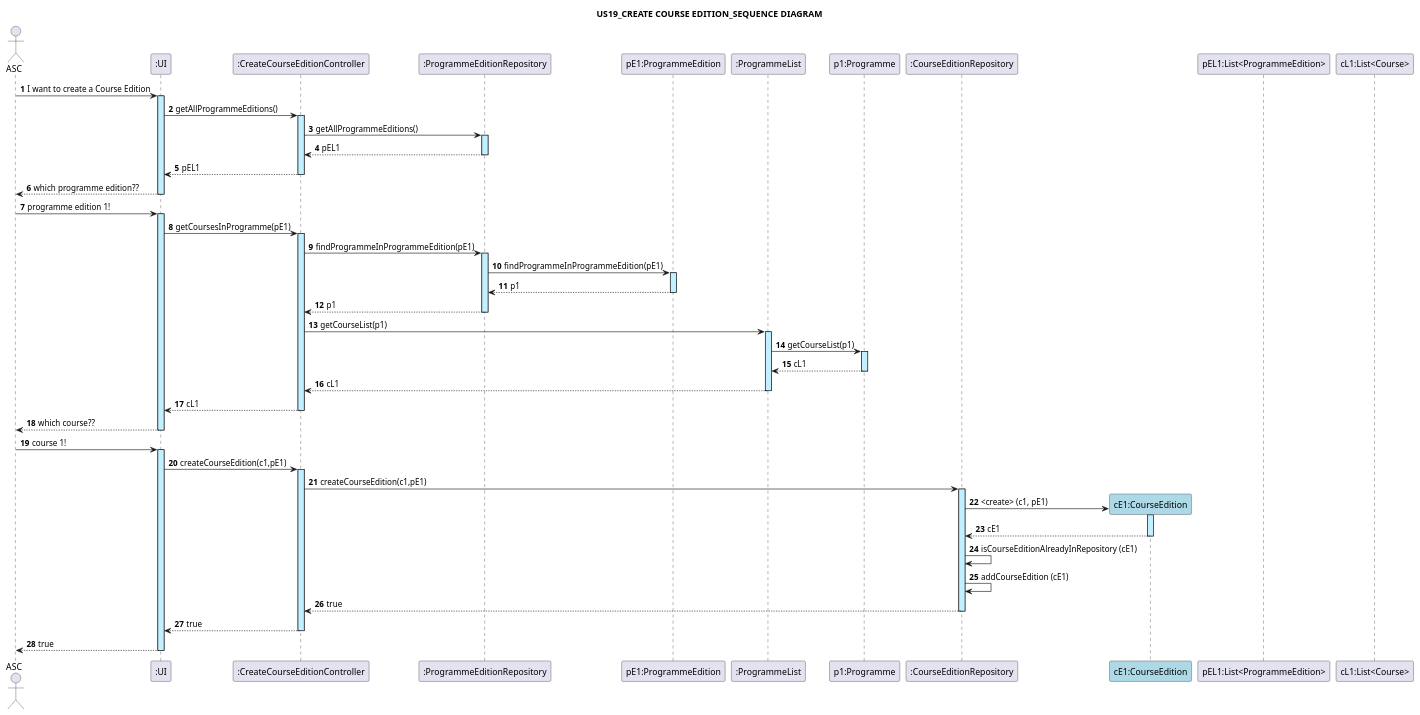
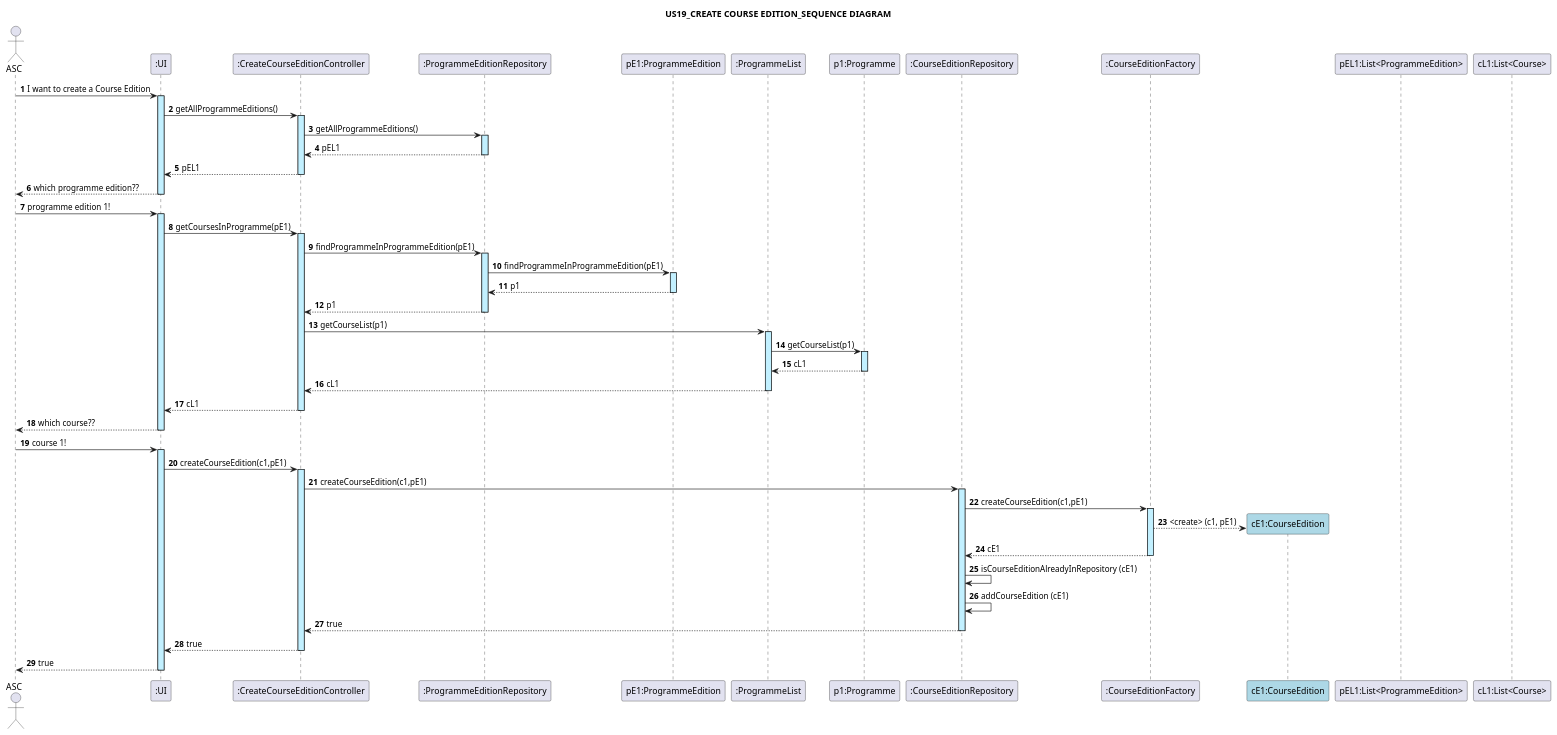
One commit to GasparISEP/DevOps-PAI changed the diagram in docs/US19/US19_CreateCourseEdition_SequenceDiagram.puml. Above: the diagram before and after it, drawn with PlantUML. The commit also changed 1 other file, not shown here.

Commit message:
doc(sequenceDiagrams)update to us19 diagrams to comply with the addition of CourseEditionFactory

```diff
--- a/docs/US19/US19_CreateCourseEdition_SequenceDiagram.puml
+++ b/docs/US19/US19_CreateCourseEdition_SequenceDiagram.puml
@@ -1,55 +1,57 @@
 @startuml
 title: US19_CREATE COURSE EDITION_SEQUENCE DIAGRAM
 autonumber
 
 actor ASC
 participant ":UI" as UI
 participant ":CreateCourseEditionController" as CT
 participant ":ProgrammeEditionRepository" as PER
 participant "pE1:ProgrammeEdition" as PE
 participant ":ProgrammeList" as PL
 participant "p1:Programme" as PG
 participant ":CourseEditionRepository" as CER
+participant ":CourseEditionFactory" as CEF
 
 ASC -> UI ++ #application :  I want to create a Course Edition
 UI -> CT ++ #application: getAllProgrammeEditions()
 CT -> PER ++ #application: getAllProgrammeEditions()
 PER --> CT -- : pEL1
 CT --> UI -- : pEL1
 UI --> ASC -- : which programme edition??
 
 
 ASC -> UI ++ #application : programme edition 1!
 UI -> CT ++ #application: getCoursesInProgramme(pE1)
 CT -> PER ++ #application: findProgrammeInProgrammeEdition(pE1)
 PER -> PE ++ #application: findProgrammeInProgrammeEdition(pE1)
 PE --> PER -- : p1
 PER --> CT -- : p1
 
 CT -> PL ++ #application: getCourseList(p1)
 PL -> PG ++ #application: getCourseList(p1)
 PG --> PL -- : cL1
 PL --> CT -- : cL1
 CT --> UI -- : cL1
 UI --> ASC -- : which course??
 
 
 ASC -> UI ++ #application : course 1!
 UI -> CT ++ #application : createCourseEdition(c1,pE1)
 CT -> CER ++ #application : createCourseEdition(c1,pE1)
+CER -> CEF ++ #application : createCourseEdition(c1,pE1)
 
 
 create "cE1:CourseEdition" as CE #lightblue
-CER -> CE ++ #application : <create> (c1, pE1)
-CE --> CER -- : cE1
+CEF --> CE : <create> (c1, pE1)
+CEF --> CER -- : cE1
 CER -> CER : isCourseEditionAlreadyInRepository (cE1)
 CER -> CER : addCourseEdition (cE1)
 
 CER --> CT --: true
 CT --> UI --: true
 UI --> ASC --: true
 
 participant "pEL1:List<ProgrammeEdition>" as PEL
 participant "cL1:List<Course>" as CL
 
 @enduml
```
